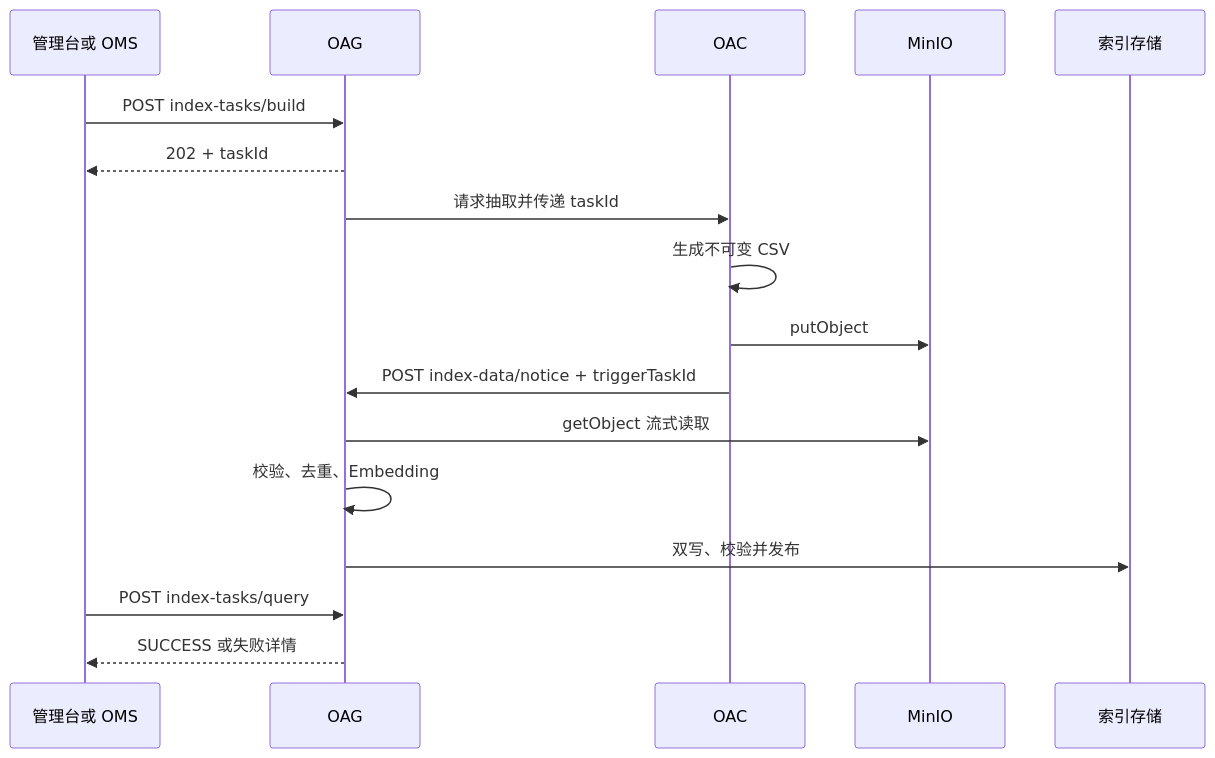
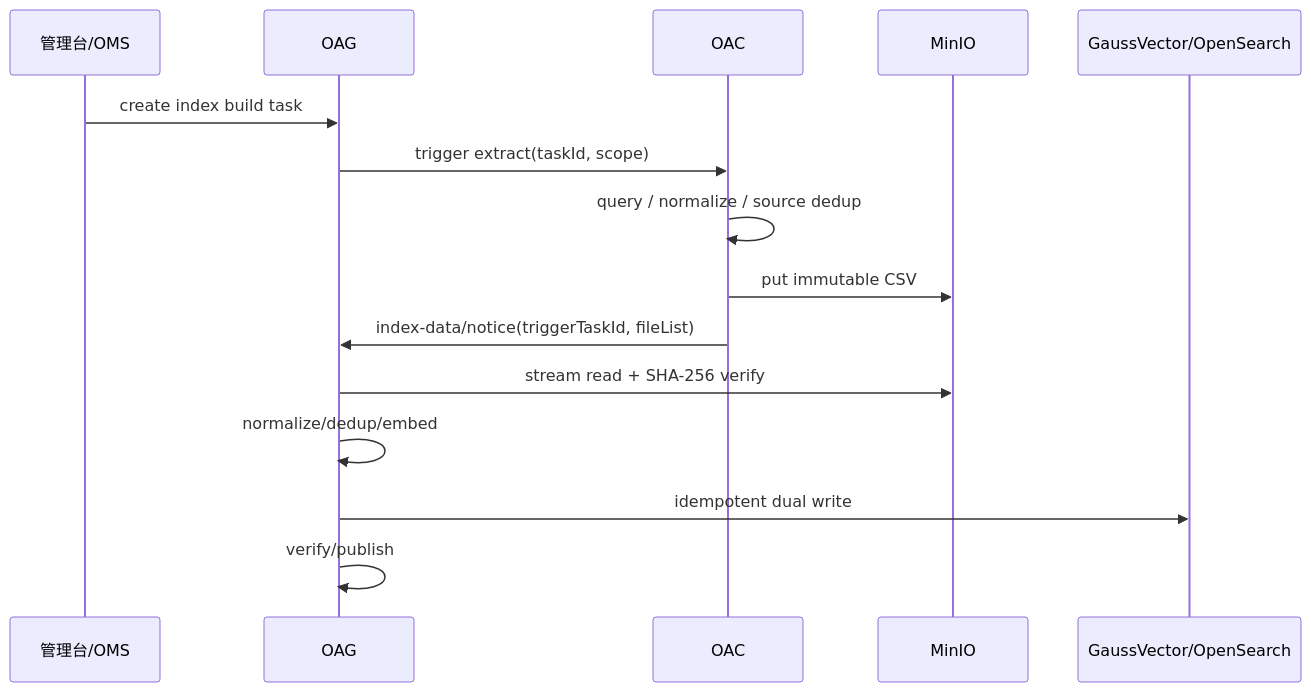
The third of 3 diagrams in docs/OAG本体锚点语义检索与向量索引设计方案.md (cfwl100/onology_dsl), drawn with Mermaid before and after one commit. The commit also changed other lines of this file and 4 other files, not shown here.

````diff
--- a/docs/OAG本体锚点语义检索与向量索引设计方案.md
+++ b/docs/OAG本体锚点语义检索与向量索引设计方案.md
@@ -1561,20 +395,18 @@
 ```mermaid
 sequenceDiagram
-    participant C as 管理台或 OMS
+    participant U as 管理台/OMS
     participant G as OAG
     participant A as OAC
     participant M as MinIO
-    participant I as 索引存储
+    participant V as GaussVector/OpenSearch
 
-    C->>G: POST index-tasks/build
-    G-->>C: 202 + taskId
-    G->>A: 请求抽取并传递 taskId
-    A->>A: 生成不可变 CSV
-    A->>M: putObject
-    A->>G: POST index-data/notice + triggerTaskId
-    G->>M: getObject 流式读取
-    G->>G: 校验、去重、Embedding
-    G->>I: 双写、校验并发布
-    C->>G: POST index-tasks/query
-    G-->>C: SUCCESS 或失败详情
+    U->>G: create index build task
+    G->>A: trigger extract(taskId, scope)
+    A->>A: query / normalize / source dedup
+    A->>M: put immutable CSV
+    A->>G: index-data/notice(triggerTaskId, fileList)
+    G->>M: stream read + SHA-256 verify
+    G->>G: normalize/dedup/embed
+    G->>V: idempotent dual write
+    G->>G: verify/publish
 ```
````
